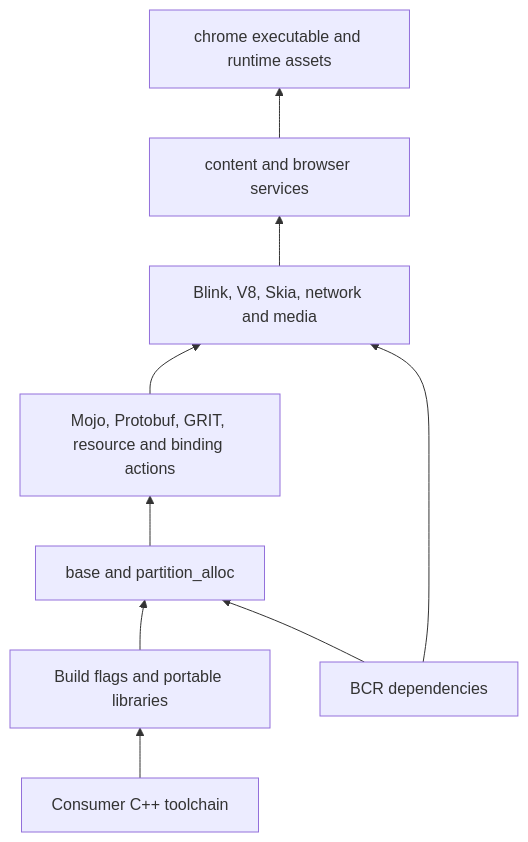
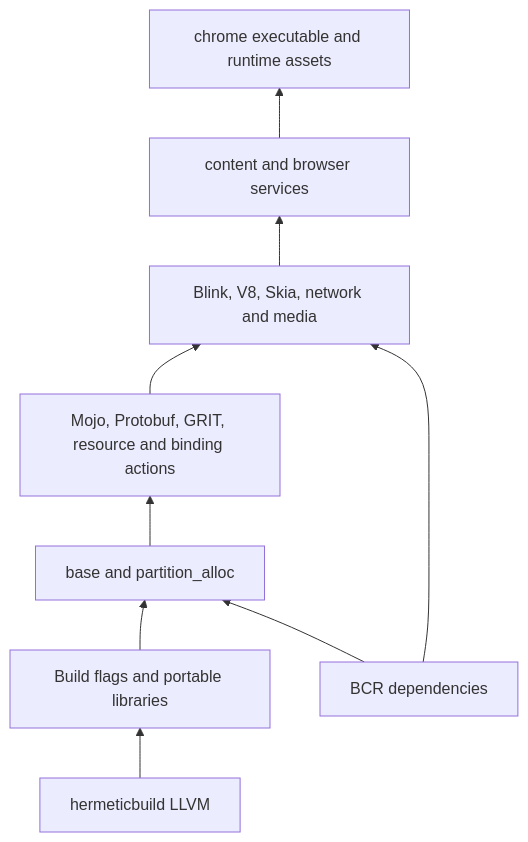
The diagram in overlays/chromium/native-browser.md (formatjs/bcr_overlays), drawn with Mermaid before and after one commit. The commit also changed other lines of this file and 1805 other files, not shown here.

Commit message:
feat: build Chromium natively with Bazel and hermetic LLVM

````diff
--- a/overlays/chromium/native-browser.md
+++ b/overlays/chromium/native-browser.md
@@ -6,11 +12,11 @@
 ```mermaid
 flowchart BT
-  toolchain[Consumer C++ toolchain] --> foundation[Build flags and portable libraries]
+  toolchain[hermeticbuild LLVM] --> foundation[Build flags and portable libraries]
   bcr[BCR dependencies] --> base[base and partition_alloc]
   foundation --> base
   base --> generators[Mojo, Protobuf, GRIT, resource and binding actions]
   generators --> engines[Blink, V8, Skia, network and media]
   bcr --> engines
   engines --> content[content and browser services]
   content --> chrome[chrome executable and runtime assets]
 ```
````
